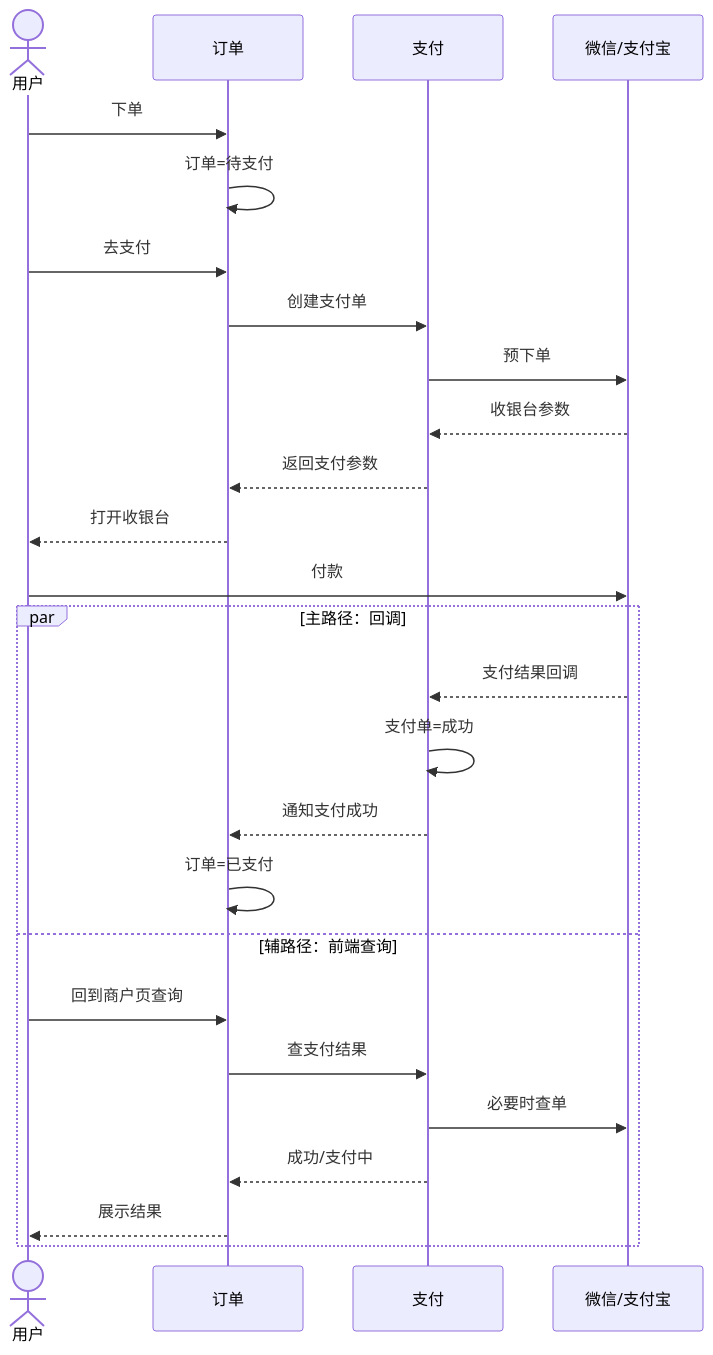
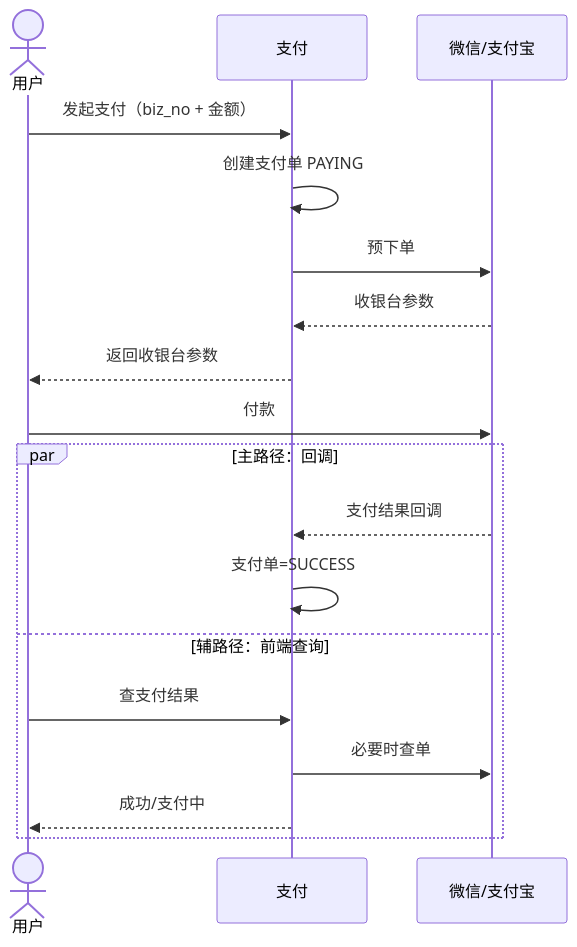
The first of 10 diagrams in Java/Spring/场景题/支付系统/user-order-payment-status.md (jv-morningGlory/-), drawn with Mermaid before and after one commit. The commit also changed other lines of this file, not shown here.

````diff
--- a/Java/Spring/场景题/支付系统/user-order-payment-status.md
+++ b/Java/Spring/场景题/支付系统/user-order-payment-status.md
@@ -7,31 +7,23 @@
 ```mermaid
 sequenceDiagram
     actor 用户
-    participant 订单
     participant 支付
     participant 微信支付宝 as 微信/支付宝
 
-    用户->>订单: 下单
-    订单->>订单: 订单=待支付
-    用户->>订单: 去支付
-    订单->>支付: 创建支付单
+    用户->>支付: 发起支付（biz_no + 金额）
+    支付->>支付: 创建支付单 PAYING
     支付->>微信支付宝: 预下单
     微信支付宝-->>支付: 收银台参数
-    支付-->>订单: 返回支付参数
-    订单-->>用户: 打开收银台
+    支付-->>用户: 返回收银台参数
 
     用户->>微信支付宝: 付款
 
     par 主路径：回调
         微信支付宝-->>支付: 支付结果回调
-        支付->>支付: 支付单=成功
-        支付-->>订单: 通知支付成功
-        订单->>订单: 订单=已支付
+        支付->>支付: 支付单=SUCCESS
     and 辅路径：前端查询
-        用户->>订单: 回到商户页查询
-        订单->>支付: 查支付结果
+        用户->>支付: 查支付结果
         支付->>微信支付宝: 必要时查单
-        支付-->>订单: 成功/支付中
-        订单-->>用户: 展示结果
+        支付-->>用户: 成功/支付中
     end
 ```
````
